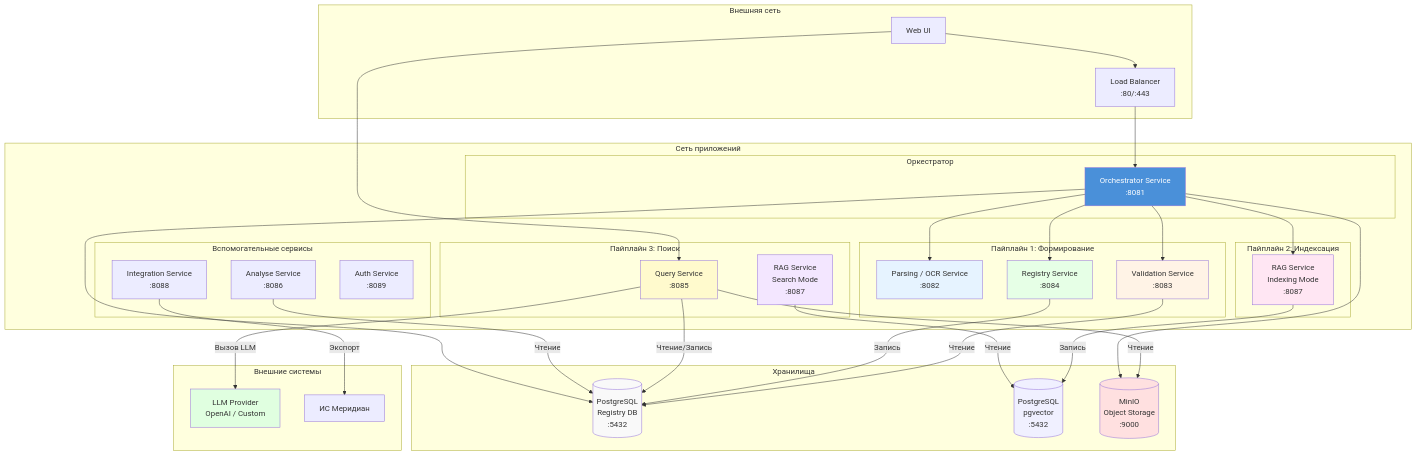
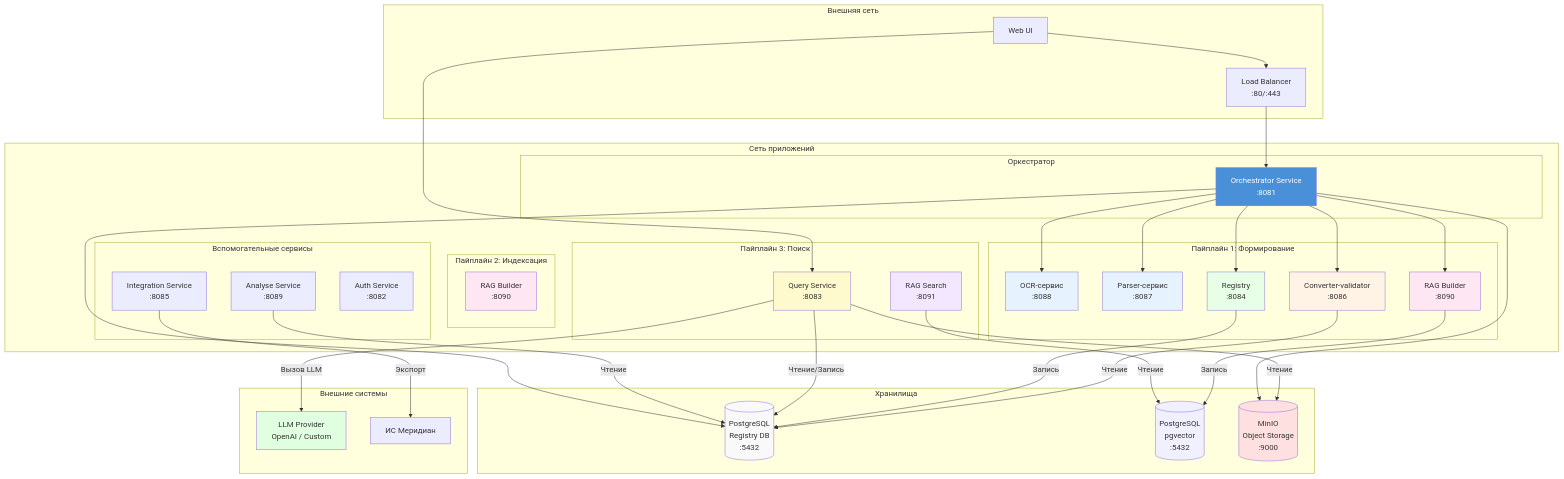
One commit to MasterKSAF/PKB changed the fourth of 4 diagrams in docs/pipelines/overview.md. Above: the diagram before and after it, drawn with Mermaid. The commit also changed other lines of this file and 23 other files, not shown here.

```diff
--- a/docs/pipelines/overview.md
+++ b/docs/pipelines/overview.md
@@ -304,26 +354,28 @@
         end
 
         subgraph "Пайплайн 1: Формирование"
-            P[Parsing / OCR Service<br/>:8082]
-            V[Validation Service<br/>:8083]
-            Reg[Registry Service<br/>:8084]
+            OCR[OCR-сервис<br/>:8088]
+            Pars[Parser-сервис<br/>:8087]
+            CV[Converter-validator<br/>:8086]
+            Reg[Registry<br/>:8084]
+            RAGb[RAG Builder<br/>:8090]
         end
 
         subgraph "Пайплайн 2: Индексация"
-            RAGi[RAG Service
-Indexing Mode<br/>:8087]
+            RAGi[RAG Builder
+:8090]
         end
 
         subgraph "Пайплайн 3: Поиск"
-            QS[Query Service<br/>:8085]
-            RAGs[RAG Service
-Search Mode<br/>:8087]
+            QS[Query Service<br/>:8083]
+            RAGs[RAG Search
+:8091]
         end
 
         subgraph "Вспомогательные сервисы"
-            AS[Analyse Service<br/>:8086]
-            IS[Integration Service<br/>:8088]
-            Auth[Auth Service<br/>:8089]
+            AS[Analyse Service<br/>:8089]
+            IS[Integration Service<br/>:8085]
+            Auth[Auth Service<br/>:8082]
         end
     end
 
@@ -347,14 +399,15 @@
     UI --> QS
     UI --> LB
 
-    Orch --> P
-    Orch --> V
+    Orch --> OCR
+    Orch --> Pars
+    Orch --> CV
     Orch --> Reg
-    Orch --> RAGi
+    Orch --> RAGb
 
-    V -->|Чтение| PG
+    CV -->|Чтение| PG
     Reg -->|Запись| PG
-    RAGi -->|Запись| VEC
+    RAGb -->|Запись| VEC
     RAGs -->|Чтение| VEC
     QS -->|Чтение/Запись| PG
     QS -->|Чтение| MinIO
@@ -368,9 +421,11 @@
 
     %% Стили
     style Orch fill:#4a90d9,color:#fff
-    style P fill:#e6f3ff
-    style V fill:#fff3e6
+    style OCR fill:#e6f3ff
+    style Pars fill:#e6f3ff
+    style CV fill:#fff3e6
     style Reg fill:#e6ffe6
+    style RAGb fill:#ffe6f3
     style RAGi fill:#ffe6f3
     style RAGs fill:#f3e6ff
     style QS fill:#fffacd
```
